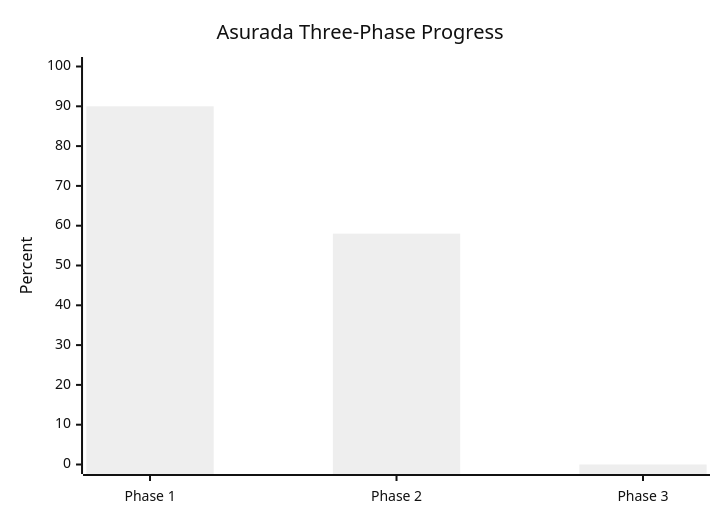
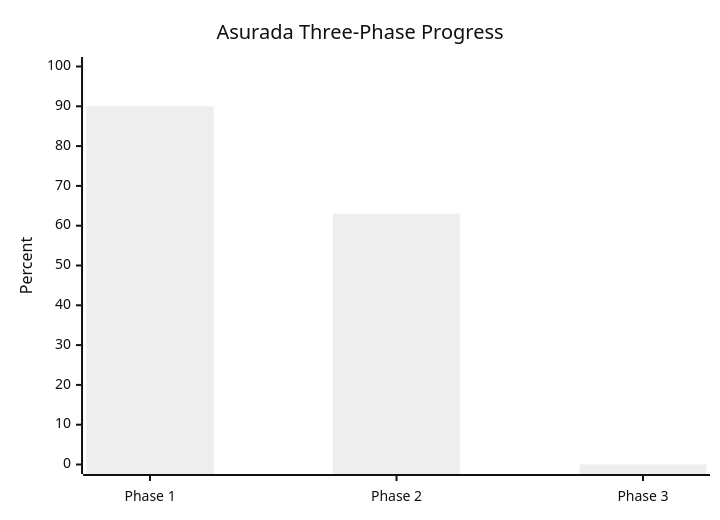
The first of 2 diagrams in README.md (Sn55555/Asurada), drawn with Mermaid (neutral theme) before and after one commit. The commit also changed other lines of this file and 2 other files, not shown here.

````diff
--- a/README.md
+++ b/README.md
@@ -13,7 +13,7 @@
 ```mermaid
 xychart-beta
     title "Asurada Three-Phase Progress"
     x-axis ["Phase 1", "Phase 2", "Phase 3"]
     y-axis "Percent" 0 --> 100
-    bar [90, 58, 0]
+    bar [90, 63, 0]
 ```
````
